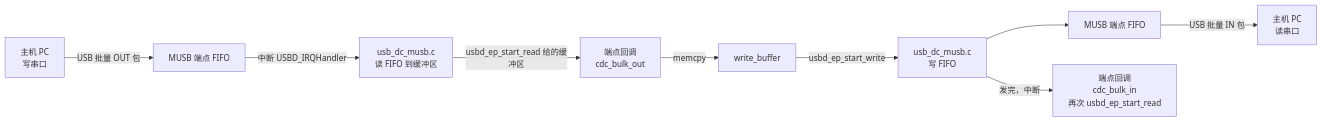
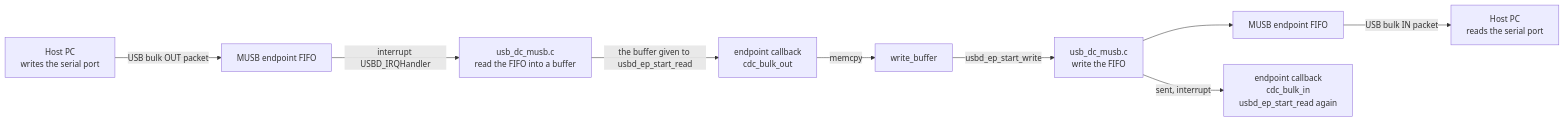
Before and after one commit to YuzukiHD/YuzukiNeko: the second of 3 diagrams in docs/src/content/docs/dev/zephyr/components/cherryusb.md, drawn with Mermaid. The commit also changed other lines of this file and 216 other files, not shown here.

````diff
--- a/docs/src/content/docs/dev/zephyr/components/cherryusb.md
+++ b/docs/src/content/docs/dev/zephyr/components/cherryusb.md
@@ -111,11 +111,11 @@
 ```mermaid
 flowchart LR
-    PC["主机 PC<br/>写串口"] -->|"USB 批量 OUT 包"| FIFO["MUSB 端点 FIFO"]
-    FIFO -->|"中断 USBD_IRQHandler"| MUSB["usb_dc_musb.c<br/>读 FIFO 到缓冲区"]
-    MUSB -->|"usbd_ep_start_read 给的缓冲区"| CB["端点回调<br/>cdc_bulk_out"]
+    PC["Host PC<br/>writes the serial port"] -->|"USB bulk OUT packet"| FIFO["MUSB endpoint FIFO"]
+    FIFO -->|"interrupt USBD_IRQHandler"| MUSB["usb_dc_musb.c<br/>read the FIFO into a buffer"]
+    MUSB -->|"the buffer given to usbd_ep_start_read"| CB["endpoint callback<br/>cdc_bulk_out"]
     CB -->|"memcpy"| WBUF["write_buffer"]
-    WBUF -->|"usbd_ep_start_write"| MUSB2["usb_dc_musb.c<br/>写 FIFO"]
-    MUSB2 --> FIFO2["MUSB 端点 FIFO"]
-    FIFO2 -->|"USB 批量 IN 包"| PC2["主机 PC<br/>读串口"]
-    MUSB2 -->|"发完，中断"| CB2["端点回调<br/>cdc_bulk_in<br/>再次 usbd_ep_start_read"]
+    WBUF -->|"usbd_ep_start_write"| MUSB2["usb_dc_musb.c<br/>write the FIFO"]
+    MUSB2 --> FIFO2["MUSB endpoint FIFO"]
+    FIFO2 -->|"USB bulk IN packet"| PC2["Host PC<br/>reads the serial port"]
+    MUSB2 -->|"sent, interrupt"| CB2["endpoint callback<br/>cdc_bulk_in<br/>usbd_ep_start_read again"]
 ```
````
